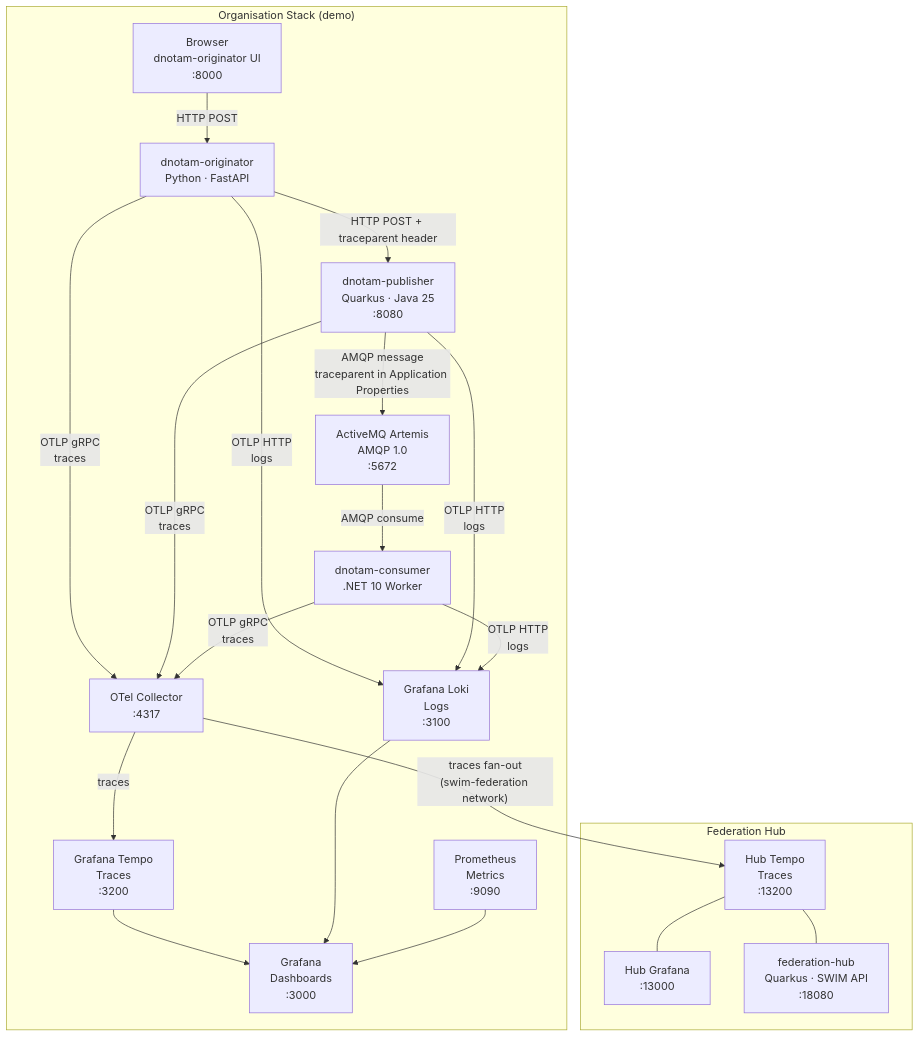
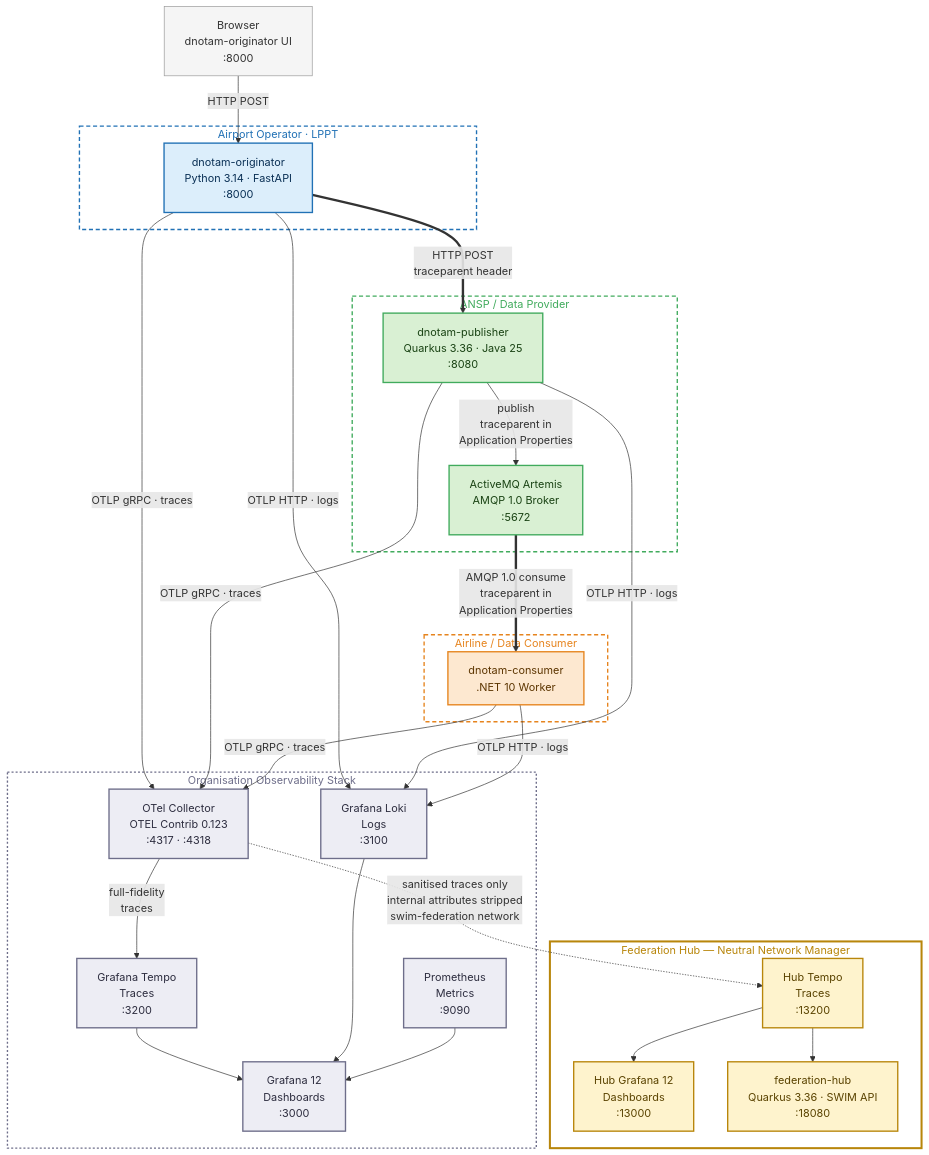
The first of 2 diagrams in README.md (swim-developer/swim-sfg-observability), drawn with Mermaid before and after one commit. The commit also changed other lines of this file and 2 other files, not shown here.

Commit message:
Fix README and Makefile inconsistencies found during tutorial review
- Makefile: build-all was a duplicate of build (hub built twice); now build-all is an alias
- README: make build described as 3 images, now correctly 4
- README: wrong dashboard name 'SWIM dNOTAM Operations'; corrected to actual title
- README: Loki->Tempo clickable link removed; replaced with correct trace->logs navigation
- scripts/windows/build.ps1: missing federation-hub build step added

````diff
--- a/README.md
+++ b/README.md
@@ -31,34 +35,73 @@
 ```mermaid
-flowchart TD
-    subgraph "Organisation Stack (demo)"
-        UI["Browser\ndnotam-originator UI\n:8000"]
-        A["dnotam-originator\nPython · FastAPI"]
-        B["dnotam-publisher\nQuarkus · Java 25\n:8080"]
-        Q["ActiveMQ Artemis\nAMQP 1.0\n:5672"]
+flowchart TB
+    %% ── Data flow: DNOTAM transaction ──────────────────────────────
+    UI["Browser\ndnotam-originator UI\n:8000"]
+
+    subgraph ORG1["Airport Operator · LPPT"]
+        A["dnotam-originator\nPython 3.14 · FastAPI\n:8000"]
+    end
+
+    subgraph ORG2["ANSP / Data Provider"]
+        B["dnotam-publisher\nQuarkus 3.36 · Java 25\n:8080"]
+        Q["ActiveMQ Artemis\nAMQP 1.0 Broker\n:5672"]
+        B -->|"publish\ntraceparent in\nApplication Properties"| Q
+    end
+
+    subgraph ORG3["Airline / Data Consumer"]
         C["dnotam-consumer\n.NET 10 Worker"]
-        COL["OTel Collector\n:4317"]
+    end
+
+    UI -->|"HTTP POST"| A
+    A ==>|"HTTP POST\ntraceparent header"| B
+    Q ==>|"AMQP 1.0 consume\ntraceparent in\nApplication Properties"| C
+
+    %% ── Telemetry: internal observability ──────────────────────────
+    subgraph OBS["Organisation Observability Stack"]
+        COL["OTel Collector\nOTEL Contrib 0.123\n:4317 · :4318"]
         T["Grafana Tempo\nTraces\n:3200"]
         L["Grafana Loki\nLogs\n:3100"]
         P["Prometheus\nMetrics\n:9090"]
-        G["Grafana\nDashboards\n:3000"]
-
-        UI -->|HTTP POST| A
-        A -->|"HTTP POST + traceparent header"| B
-        B -->|"AMQP message\ntraceparent in Application Properties"| Q
-        Q -->|AMQP consume| C
-        A & B & C -->|"OTLP gRPC\ntraces"| COL
-        A & B & C -->|"OTLP HTTP\nlogs"| L
-        COL -->|traces| T
+        G["Grafana 12\nDashboards\n:3000"]
+        COL -->|"full-fidelity\ntraces"| T
         T & L & P --> G
     end
 
-    subgraph "Federation Hub"
+    A -->|"OTLP gRPC · traces"| COL
+    B -->|"OTLP gRPC · traces"| COL
+    C -->|"OTLP gRPC · traces"| COL
+    A -->|"OTLP HTTP · logs"| L
+    B -->|"OTLP HTTP · logs"| L
+    C -->|"OTLP HTTP · logs"| L
+
+    %% ── Federation: cross-organisation hub ─────────────────────────
+    subgraph HUB["Federation Hub — Neutral Network Manager"]
         HT["Hub Tempo\nTraces\n:13200"]
-        HG["Hub Grafana\n:13000"]
-        HUB["federation-hub\nQuarkus · SWIM API\n:18080"]
+        HG["Hub Grafana 12\nDashboards\n:13000"]
+        HAPI["federation-hub\nQuarkus 3.36 · SWIM API\n:18080"]
+        HT --> HG
+        HT --> HAPI
+    end
 
-        COL -->|"traces fan-out\n(swim-federation network)"| HT
-        HT --- HUB
-        HT --- HG
-    end
+    COL -.->|"sanitised traces only\ninternal attributes stripped\nswim-federation network"| HT
+
+    %% ── Styles ─────────────────────────────────────────────────────
+    classDef airport fill:#dceefb,stroke:#2171b5,stroke-width:2px,color:#0a3055
+    classDef ansp fill:#d9f0d3,stroke:#41ab5d,stroke-width:2px,color:#1a4314
+    classDef airline fill:#fde8d0,stroke:#e6841e,stroke-width:2px,color:#5c3500
+    classDef obs fill:#ededf4,stroke:#6e6e8a,stroke-width:2px,color:#2d2d3f
+    classDef hub fill:#fef3cd,stroke:#b8860b,stroke-width:2px,color:#5a4300
+    classDef browser fill:#f5f5f5,stroke:#999,stroke-width:1px,color:#333
+
+    class A airport
+    class B,Q ansp
+    class C airline
+    class COL,T,L,P,G obs
+    class HT,HG,HAPI hub
+    class UI browser
+
+    style ORG1 fill:none,stroke:#2171b5,stroke-width:2px,stroke-dasharray:6 4,color:#2171b5
+    style ORG2 fill:none,stroke:#41ab5d,stroke-width:2px,stroke-dasharray:6 4,color:#41ab5d
+    style ORG3 fill:none,stroke:#e6841e,stroke-width:2px,stroke-dasharray:6 4,color:#e6841e
+    style OBS fill:none,stroke:#6e6e8a,stroke-width:2px,stroke-dasharray:3 3,color:#6e6e8a
+    style HUB fill:none,stroke:#b8860b,stroke-width:3px,color:#b8860b
 ```
````
